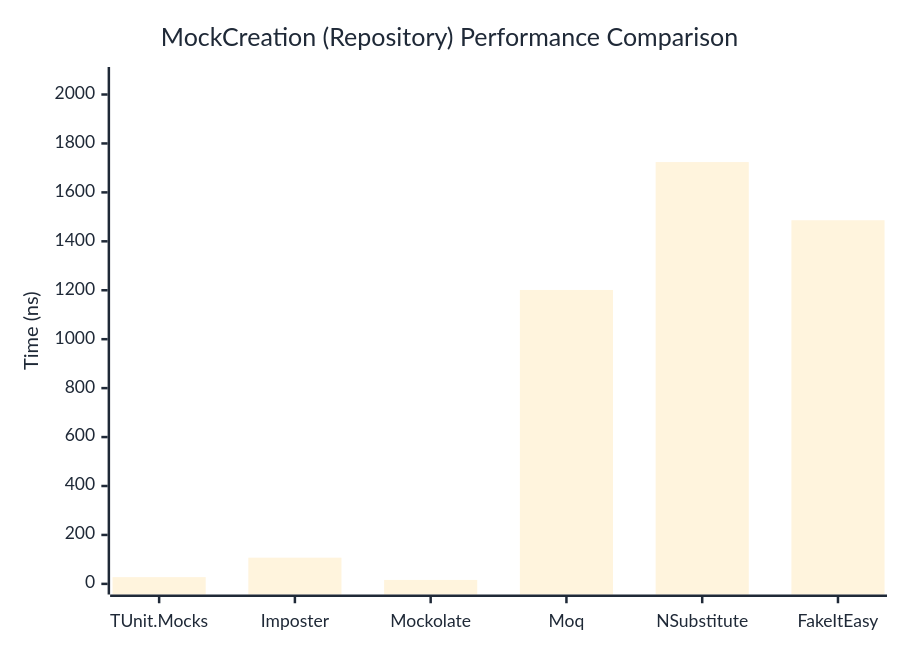
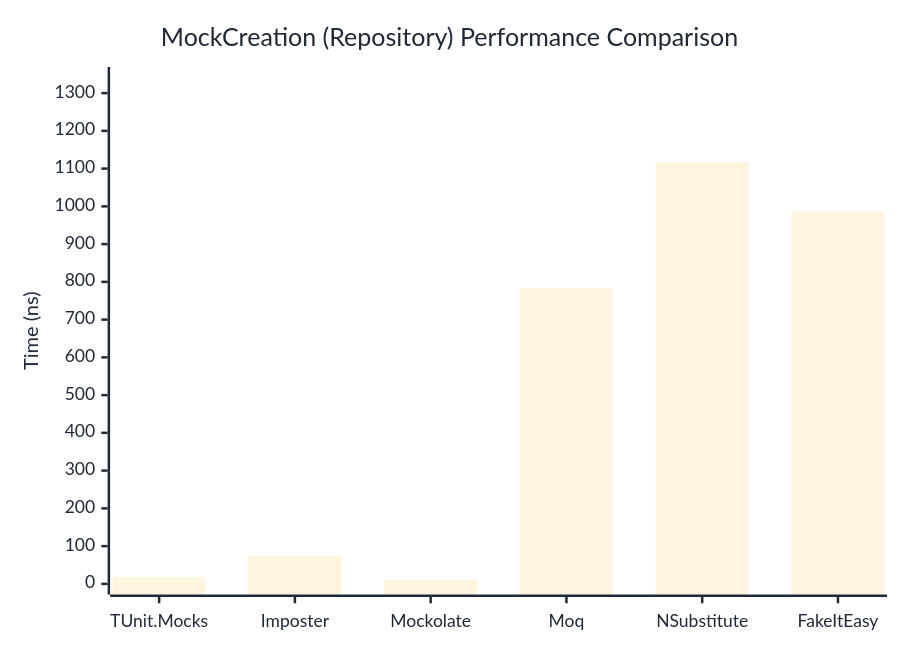
One commit to thomhurst/TUnit changed the second of 2 diagrams in docs/docs/benchmarks/mocks/MockCreation.md. Above: the diagram before and after it, drawn with Mermaid. The commit also changed other lines of this file and 14 other files, not shown here.

````diff
--- a/docs/docs/benchmarks/mocks/MockCreation.md
+++ b/docs/docs/benchmarks/mocks/MockCreation.md
@@ -71,27 +71,27 @@
 ```mermaid
 %%{init: {
   'theme':'base',
   'themeVariables': {
     'primaryColor': '#2563eb',
     'primaryTextColor': '#1f2937',
     'primaryBorderColor': '#1e40af',
     'lineColor': '#6b7280',
     'secondaryColor': '#7c3aed',
     'tertiaryColor': '#dc2626',
     'background': '#ffffff',
     'pie1': '#2563eb',
     'pie2': '#7c3aed',
     'pie3': '#dc2626',
     'pie4': '#f59e0b',
     'pie5': '#10b981',
     'pie6': '#06b6d4',
     'pie7': '#ec4899',
     'pie8': '#6366f1'
   }
 }}%%
 xychart-beta
   title "MockCreation (Repository) Performance Comparison"
   x-axis ["TUnit.Mocks", "Imposter", "Mockolate", "Moq", "NSubstitute", "FakeItEasy"]
-  y-axis "Time (ns)" 0 --> 2069
-  bar [27.53, 107.13, 16.15, 1201.21, 1723.85, 1486.12]
+  y-axis "Time (ns)" 0 --> 1341
+  bar [18.7, 73.46, 11.32, 783.74, 1117.05, 987.24]
 ```
````
